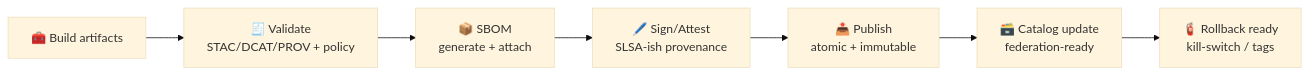
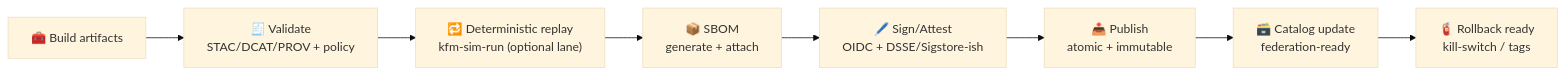
The third of 3 diagrams in .github/README.md (bartytime4life/Kansas-Frontier-Matrix), drawn with Mermaid (base theme) before and after one commit. The commit also changed other lines of this file, not shown here.

````diff
--- a/.github/README.md
+++ b/.github/README.md
@@ -195,9 +214,10 @@
 ```mermaid
 flowchart LR
   A["🧰 Build artifacts"] --> B["🧾 Validate<br/>STAC/DCAT/PROV + policy"]
-  B --> C["📦 SBOM<br/>generate + attach"]
-  C --> D["🖊️ Sign/Attest<br/>SLSA-ish provenance"]
-  D --> E["📤 Publish<br/>atomic + immutable"]
-  E --> F["🗃️ Catalog update<br/>federation-ready"]
-  F --> G["🧯 Rollback ready<br/>kill-switch / tags"]
+  B --> C["🔁 Deterministic replay<br/>kfm-sim-run (optional lane)"]
+  C --> D["📦 SBOM<br/>generate + attach"]
+  D --> E["🖊️ Sign/Attest<br/>OIDC + DSSE/Sigstore-ish"]
+  E --> F["📤 Publish<br/>atomic + immutable"]
+  F --> G["🗃️ Catalog update<br/>federation-ready"]
+  G --> H["🧯 Rollback ready<br/>kill-switch / tags"]
 ```
````
